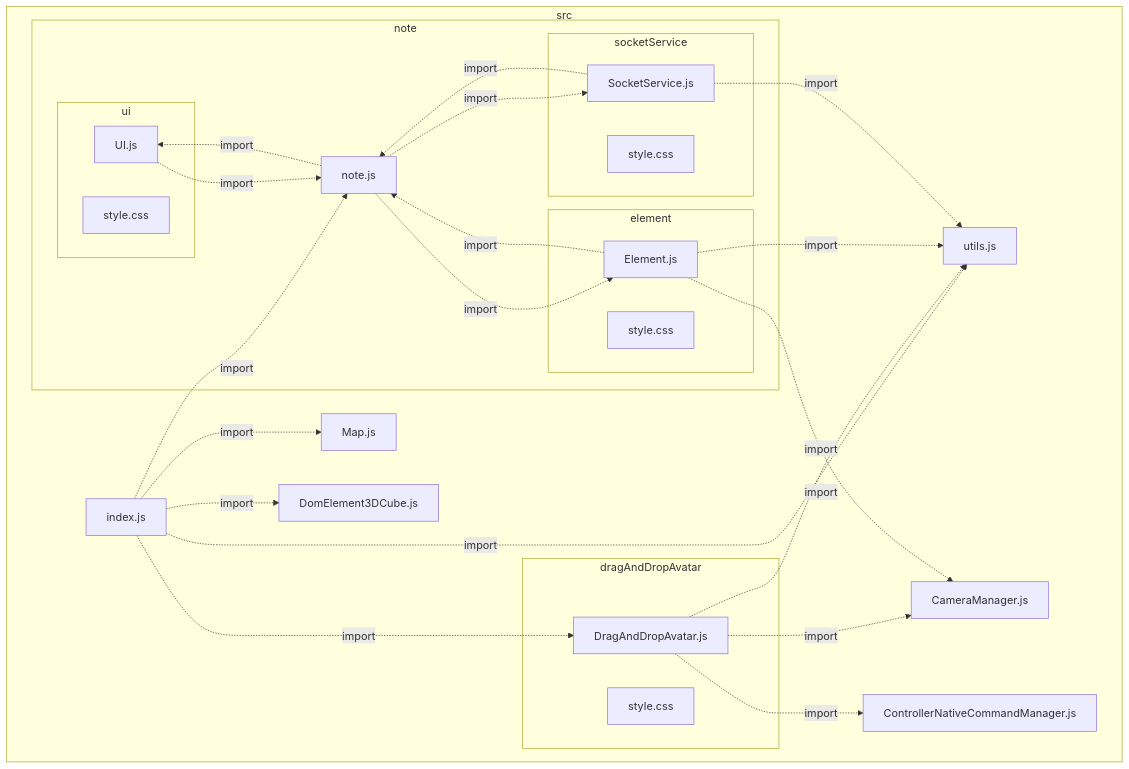
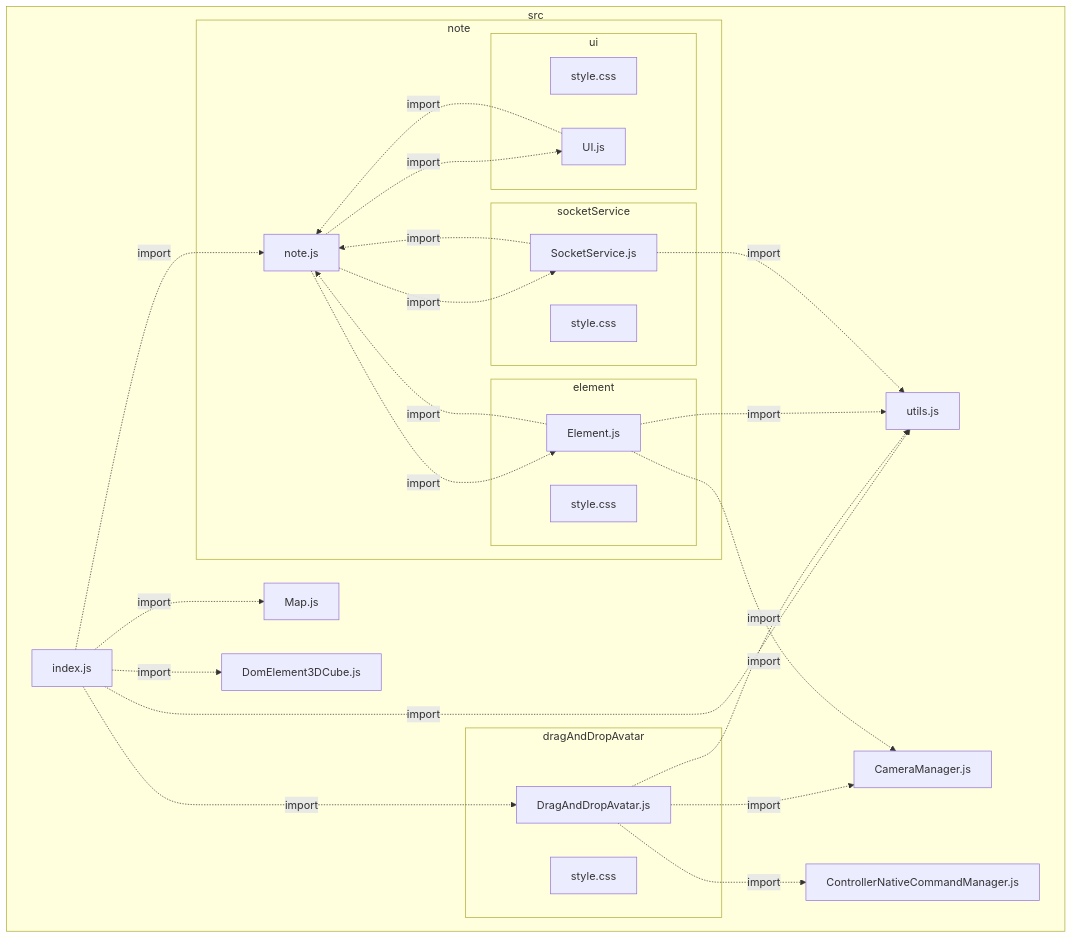
One commit to VCityTeam/UD-Viz changed the diagram in packages/game_browser_template/architecture.md. Above: the diagram before and after it, drawn with Mermaid. The commit also changed other lines of this file and 43 other files, not shown here.

````diff
--- a/packages/game_browser_template/architecture.md
+++ b/packages/game_browser_template/architecture.md
@@ -1,47 +1,47 @@
 ```mermaid
 flowchart
  subgraph IDsrc["src"]
   IDsrcCameraManager2ejs["CameraManager.js"]
   IDsrcControllerNativeCommandManager2ejs["ControllerNativeCommandManager.js"]
   IDsrcDomElement3DCube2ejs["DomElement3DCube.js"]
+  IDsrcIndex2ejs["index.js"]
   IDsrcMap2ejs["Map.js"]
-  IDsrcIndex2ejs["index.js"]
   IDsrcUtils2ejs["utils.js"]
   subgraph IDsrcDragAndDropAvatar["dragAndDropAvatar"]
    IDsrcDragAndDropAvatarDragAndDropAvatar2ejs["DragAndDropAvatar.js"]
    IDsrcDragAndDropAvatarStyle2ecss["style.css"]
   end
   subgraph IDsrcNote["note"]
    IDsrcNoteNote2ejs["note.js"]
    subgraph IDsrcNoteElement["element"]
     IDsrcNoteElementElement2ejs["Element.js"]
     IDsrcNoteElementStyle2ecss["style.css"]
    end
    subgraph IDsrcNoteSocketService["socketService"]
     IDsrcNoteSocketServiceSocketService2ejs["SocketService.js"]
     IDsrcNoteSocketServiceStyle2ecss["style.css"]
    end
    subgraph IDsrcNoteUi["ui"]
+    IDsrcNoteUiStyle2ecss["style.css"]
     IDsrcNoteUiUI2ejs["UI.js"]
-    IDsrcNoteUiStyle2ecss["style.css"]
    end
   end
  end
 IDsrcIndex2ejs-.->|import|IDsrcUtils2ejs
 IDsrcIndex2ejs-.->|import|IDsrcMap2ejs
 IDsrcIndex2ejs-.->|import|IDsrcDragAndDropAvatarDragAndDropAvatar2ejs
 IDsrcIndex2ejs-.->|import|IDsrcDomElement3DCube2ejs
 IDsrcIndex2ejs-.->|import|IDsrcNoteNote2ejs
 IDsrcDragAndDropAvatarDragAndDropAvatar2ejs-.->|import|IDsrcUtils2ejs
 IDsrcDragAndDropAvatarDragAndDropAvatar2ejs-.->|import|IDsrcCameraManager2ejs
 IDsrcDragAndDropAvatarDragAndDropAvatar2ejs-.->|import|IDsrcControllerNativeCommandManager2ejs
 IDsrcNoteNote2ejs-.->|import|IDsrcNoteUiUI2ejs
 IDsrcNoteNote2ejs-.->|import|IDsrcNoteSocketServiceSocketService2ejs
 IDsrcNoteNote2ejs-.->|import|IDsrcNoteElementElement2ejs
 IDsrcNoteElementElement2ejs-.->|import|IDsrcCameraManager2ejs
 IDsrcNoteElementElement2ejs-.->|import|IDsrcUtils2ejs
 IDsrcNoteElementElement2ejs-.->|import|IDsrcNoteNote2ejs
 IDsrcNoteSocketServiceSocketService2ejs-.->|import|IDsrcNoteNote2ejs
 IDsrcNoteSocketServiceSocketService2ejs-.->|import|IDsrcUtils2ejs
 IDsrcNoteUiUI2ejs-.->|import|IDsrcNoteNote2ejs
 ```
````
